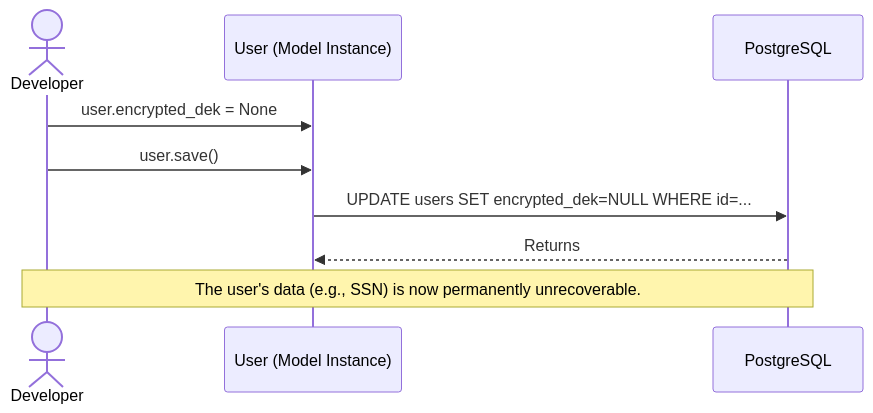
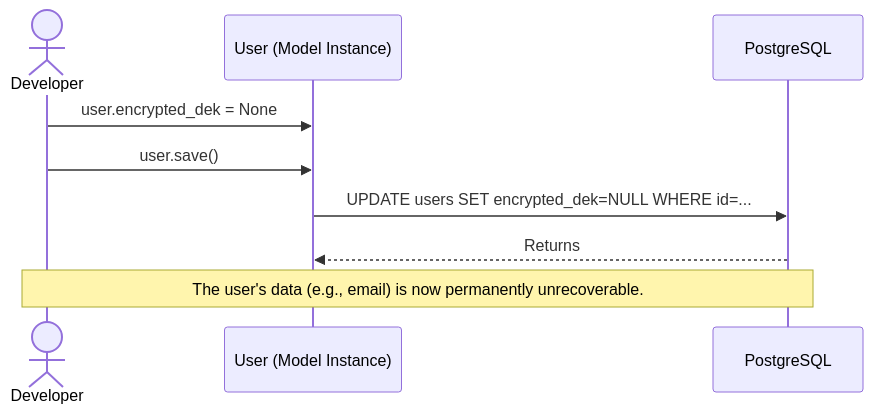
One commit to ocadotechnology/codeforlife-package-python changed the fourth of 8 diagrams in docs/client-side-encryption.md. Above: the diagram before and after it, drawn with Mermaid. The commit also changed other lines of this file and 1 other file, not shown here.

````diff
--- a/docs/client-side-encryption.md
+++ b/docs/client-side-encryption.md
@@ -326,13 +326,13 @@
 ```mermaid
 sequenceDiagram
     actor Developer
     participant User as User (Model Instance)
     participant PostgreSQL
 
     Developer->>User: user.encrypted_dek = None
     Developer->>User: user.save()
     User->>PostgreSQL: UPDATE users SET encrypted_dek=NULL WHERE id=...
     PostgreSQL-->>User: Returns
 
-    Note over Developer, PostgreSQL: The user's data (e.g., SSN) is now permanently unrecoverable.
+    Note over Developer, PostgreSQL: The user's data (e.g., email) is now permanently unrecoverable.
 ```
````
